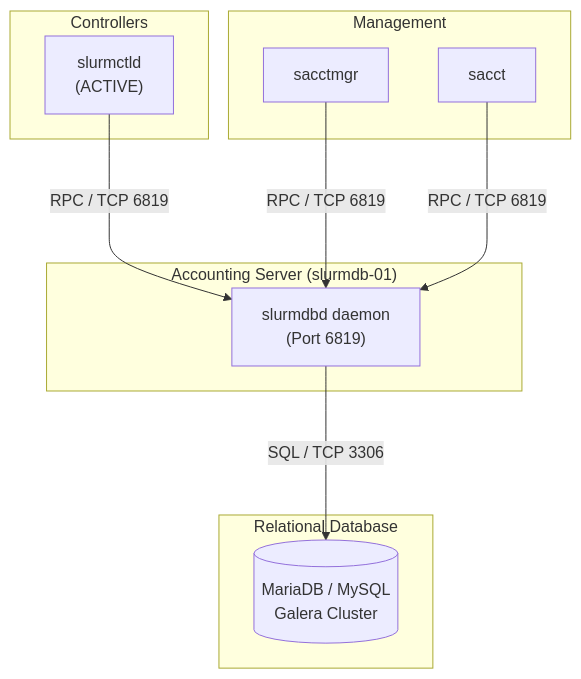
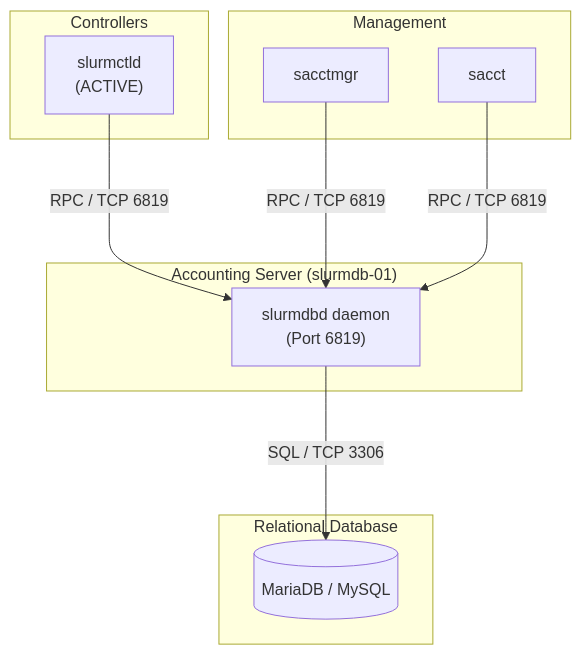
The third of 4 diagrams in docs/volume-10/06-slurm-administration-ha-accounting-and-upgrades.md (jithinpnjm/nvidia-devops), drawn with Mermaid before and after one commit. The commit also changed other lines of this file and 21 other files, not shown here.

````diff
--- a/docs/volume-10/06-slurm-administration-ha-accounting-and-upgrades.md
+++ b/docs/volume-10/06-slurm-administration-ha-accounting-and-upgrades.md
@@ -323,27 +321,26 @@
 ```mermaid
 flowchart TD
     subgraph DatabaseLayer["Relational Database"]
-        MySQL[(MariaDB / MySQL
-        Galera Cluster)]
+        MySQL[(MariaDB / MySQL)]
     end
     
     subgraph DBD["Accounting Server (slurmdb-01)"]
         Slurmdbd["slurmdbd daemon
         (Port 6819)"]
     end
     
     subgraph CTLLayer["Controllers"]
         Slurmctld["slurmctld
         (ACTIVE)"]
     end
     
     subgraph CLI["Management"]
         Sacctmgr["sacctmgr"]
         Sacct["sacct"]
     end
 
     Slurmdbd -- "SQL / TCP 3306" ---> MySQL
     Slurmctld -- "RPC / TCP 6819" ---> Slurmdbd
     Sacctmgr -- "RPC / TCP 6819" ---> Slurmdbd
     Sacct -- "RPC / TCP 6819" ---> Slurmdbd
 ```
````
